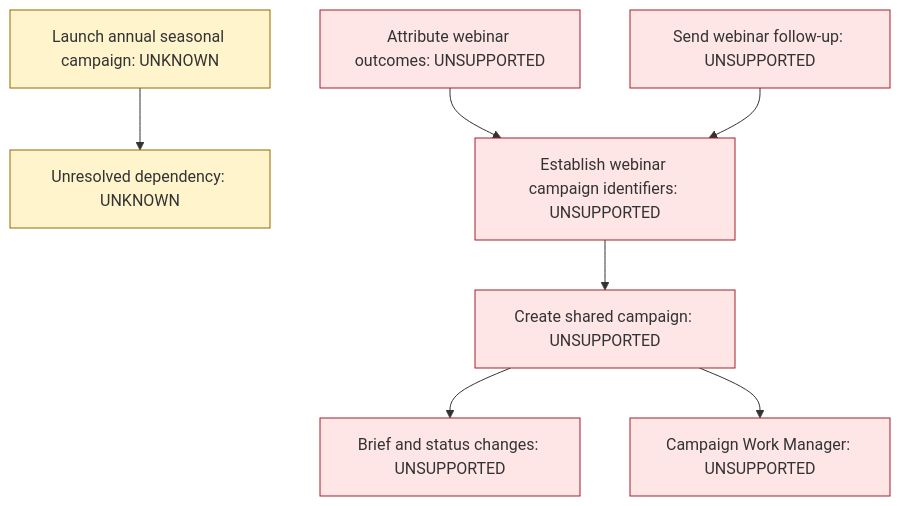
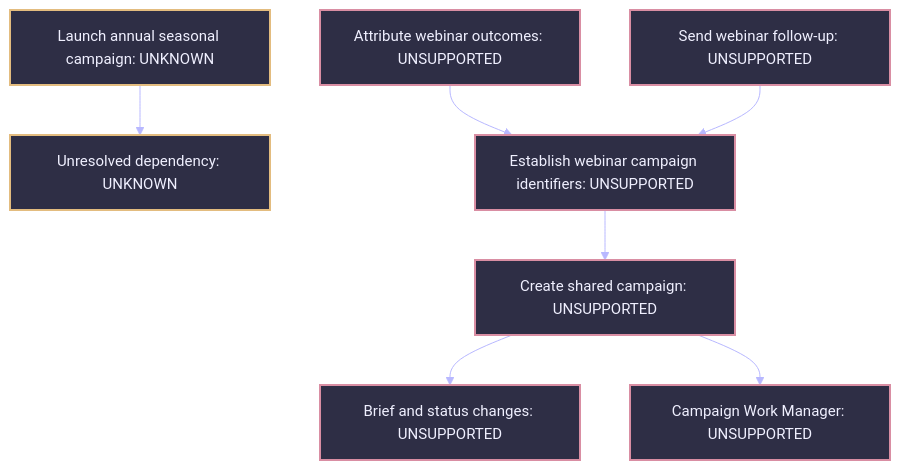
Before and after one commit to rlbsem/martech-estate-impact: the diagram in examples/generated/retire-work-manager-impact.mmd, drawn with Mermaid. The commit also changed 11 other files, not shown here.

Commit message:
Pilot Groundbreakers engineering diagram theme with semantic states

```diff
--- a/examples/generated/retire-work-manager-impact.mmd
+++ b/examples/generated/retire-work-manager-impact.mmd
@@ -1,20 +1,21 @@
+%%{init: {"theme":"base","themeVariables":{"background":"#10101D","primaryColor":"#2A2A3D","primaryTextColor":"#F0F0FF","primaryBorderColor":"#7C7CAF","lineColor":"#B8B8FF","textColor":"#F0F0FF","secondaryColor":"#181825","tertiaryColor":"#2E2E45","fontFamily":"IBM Plex Sans, Arial, sans-serif","fontSize":"15px","edgeLabelBackground":"#10101D"}}}%%
 %% Requirement witness view, filtered to changed or adverse outcomes. Unchanged supported requirements omitted; see assessment table. See JSON for evidence and truncation limits.
 %% Resolved dependency assertion nodes collapsed into edges; exact branches and references remain in JSON.
 flowchart TB
   n856d7201943a1c8b["Unresolved dependency: UNKNOWN"]:::UNKNOWN
   nee1c53e8389f8b2c["Brief and status changes: UNSUPPORTED"]:::UNSUPPORTED
   n5132531ff70b8467["Attribute webinar outcomes: UNSUPPORTED"]:::UNSUPPORTED
   nbfd3eb9c2ad381fc["Create shared campaign: UNSUPPORTED"]:::UNSUPPORTED
   n7ba8aa043da7af62["Send webinar follow-up: UNSUPPORTED"]:::UNSUPPORTED
   n9f4810be3d2c627d["Launch annual seasonal campaign: UNKNOWN"]:::UNKNOWN
   n04dbc40eef233770["Establish webinar campaign identifiers: UNSUPPORTED"]:::UNSUPPORTED
   n10bf9295cc995d86["Campaign Work Manager: UNSUPPORTED"]:::UNSUPPORTED
   n5132531ff70b8467 --> n04dbc40eef233770
   nbfd3eb9c2ad381fc --> nee1c53e8389f8b2c
   nbfd3eb9c2ad381fc --> n10bf9295cc995d86
   n7ba8aa043da7af62 --> n04dbc40eef233770
   n9f4810be3d2c627d --> n856d7201943a1c8b
   n04dbc40eef233770 --> nbfd3eb9c2ad381fc
-  classDef SUPPORTED fill:#edf7ee,stroke:#246634
-  classDef UNSUPPORTED fill:#ffe6e6,stroke:#a51d2d
-  classDef UNKNOWN fill:#fff4cc,stroke:#946800
+  classDef SUPPORTED fill:#2A2A3D,stroke:#81C5B0,color:#F0F0FF,stroke-width:2px
+  classDef UNSUPPORTED fill:#2E2E45,stroke:#D98EA3,color:#F0F0FF,stroke-width:2px
+  classDef UNKNOWN fill:#2E2E45,stroke:#E3BC7F,color:#F0F0FF,stroke-width:2px
```
